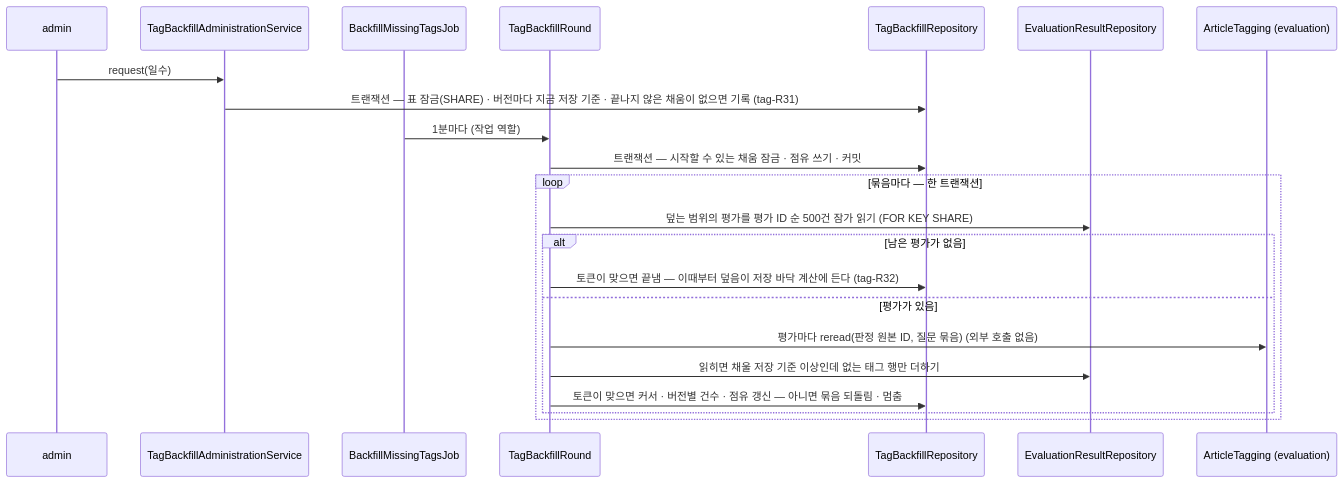
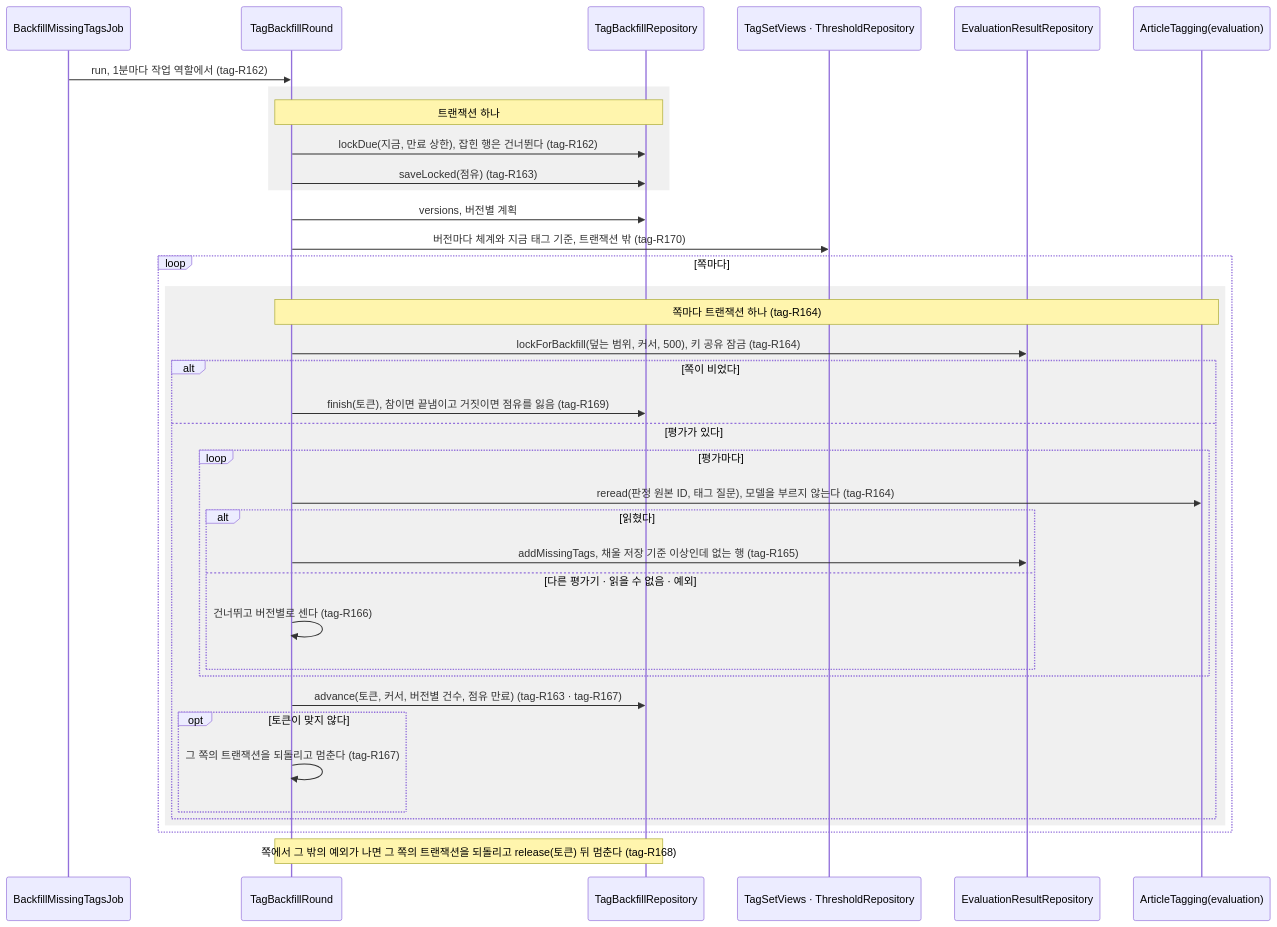
The eighth of 8 diagrams in docs/specs/tag.md (Theia0382/yozm-news), drawn with Mermaid before and after one commit. The commit also changed other lines of this file and 2 other files, not shown here.

First line of the commit message:
docs: tag Spec 다시 쓰기 — 규칙 쪼개기 · 시퀀스 그림 · 소유 용어

````diff
--- a/docs/specs/tag.md
+++ b/docs/specs/tag.md
@@ -882,25 +1087,41 @@
 ```mermaid
 sequenceDiagram
-    participant A as admin
-    participant S as TagBackfillAdministrationService
     participant J as BackfillMissingTagsJob
     participant R as TagBackfillRound
     participant B as TagBackfillRepository
+    participant V as TagSetViews · ThresholdRepository
     participant Res as EvaluationResultRepository
-    participant E as ArticleTagging (evaluation)
+    participant E as ArticleTagging(evaluation)
 
-    A->>S: request(일수)
-    S->>B: 트랜잭션 — 표 잠금(SHARE) · 버전마다 지금 저장 기준 · 끝나지 않은 채움이 없으면 기록 (tag-R31)
-    J->>R: 1분마다 (작업 역할)
-    R->>B: 트랜잭션 — 시작할 수 있는 채움 잠금 · 점유 쓰기 · 커밋
-    loop 묶음마다 — 한 트랜잭션
-        R->>Res: 덮는 범위의 평가를 평가 ID 순 500건 잠가 읽기 (FOR KEY SHARE)
-        alt 남은 평가가 없음
-            R->>B: 토큰이 맞으면 끝냄 — 이때부터 덮음이 저장 바닥 계산에 든다 (tag-R32)
-        else 평가가 있음
-            R->>E: 평가마다 reread(판정 원본 ID, 질문 묶음) (외부 호출 없음)
-            R->>Res: 읽히면 채울 저장 기준 이상인데 없는 태그 행만 더하기
-            R->>B: 토큰이 맞으면 커서 · 버전별 건수 · 점유 갱신 — 아니면 묶음 되돌림 · 멈춤
+    J->>R: run, 1분마다 작업 역할에서 (tag-R162)
+    rect rgba(128, 128, 128, 0.12)
+    Note over R,B: 트랜잭션 하나
+    R->>B: lockDue(지금, 만료 상한), 잡힌 행은 건너뛴다 (tag-R162)
+    R->>B: saveLocked(점유) (tag-R163)
+    end
+    R->>B: versions, 버전별 계획
+    R->>V: 버전마다 체계와 지금 태그 기준, 트랜잭션 밖 (tag-R170)
+    loop 쪽마다
+        rect rgba(128, 128, 128, 0.12)
+        Note over R,E: 쪽마다 트랜잭션 하나 (tag-R164)
+        R->>Res: lockForBackfill(덮는 범위, 커서, 500), 키 공유 잠금 (tag-R164)
+        alt 쪽이 비었다
+            R->>B: finish(토큰), 참이면 끝냄이고 거짓이면 점유를 잃음 (tag-R169)
+        else 평가가 있다
+            loop 평가마다
+                R->>E: reread(판정 원본 ID, 태그 질문), 모델을 부르지 않는다 (tag-R164)
+                alt 읽혔다
+                    R->>Res: addMissingTags, 채울 저장 기준 이상인데 없는 행 (tag-R165)
+                else 다른 평가기 · 읽을 수 없음 · 예외
+                    R->>R: 건너뛰고 버전별로 센다 (tag-R166)
+                end
+            end
+            R->>B: advance(토큰, 커서, 버전별 건수, 점유 만료) (tag-R163 · tag-R167)
+            opt 토큰이 맞지 않다
+                R->>R: 그 쪽의 트랜잭션을 되돌리고 멈춘다 (tag-R167)
+            end
+        end
         end
     end
+    Note over R,B: 쪽에서 그 밖의 예외가 나면 그 쪽의 트랜잭션을 되돌리고 release(토큰) 뒤 멈춘다 (tag-R168)
 ```
````
